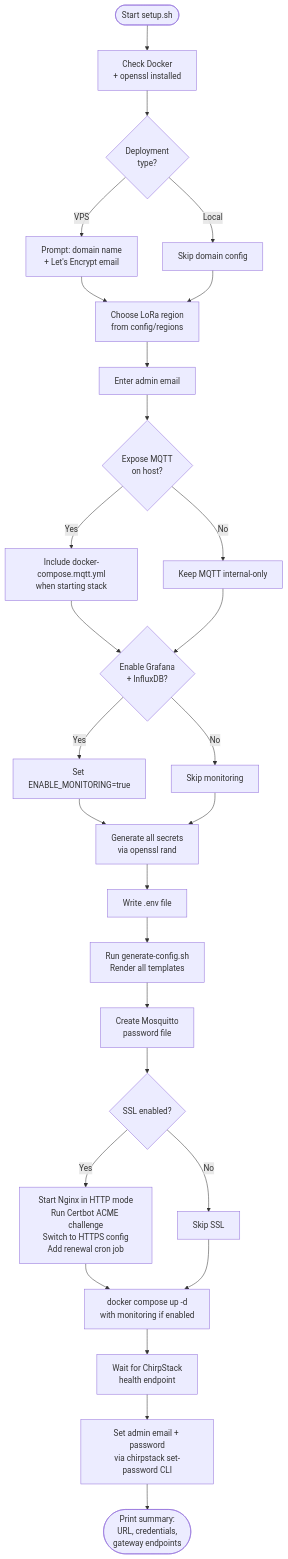
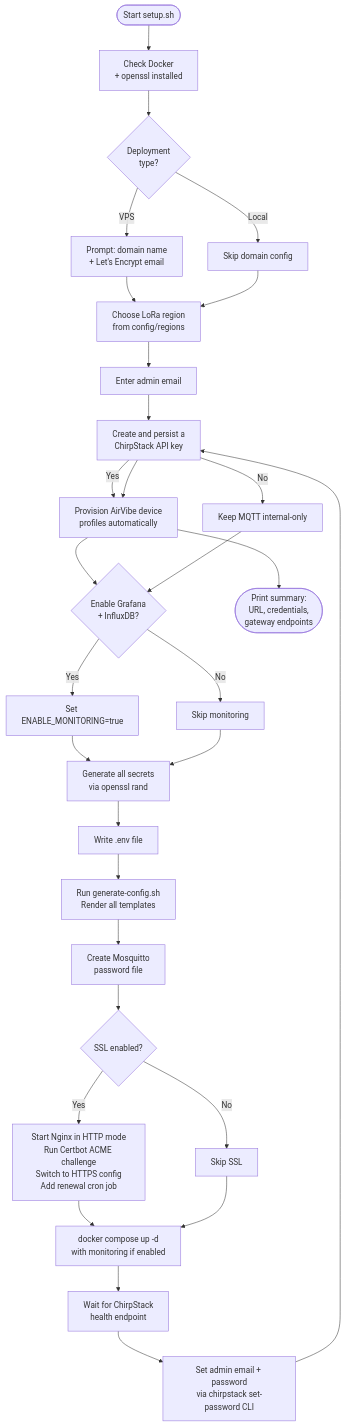
One commit to MachineSaver/chirpstack-deploy changed the fourth of 5 diagrams in README.md. Above: the diagram before and after it, drawn with Mermaid. The commit also changed other lines of this file and 6 other files, not shown here.

````diff
--- a/README.md
+++ b/README.md
@@ -238,30 +239,32 @@
 ```mermaid
 flowchart TD
     A([Start setup.sh]) --> B[Check Docker\n+ openssl installed]
     B --> C{Deployment\ntype?}
     C -->|VPS| D[Prompt: domain name\n+ Let's Encrypt email]
     C -->|Local| E[Skip domain config]
     D --> F
     E --> F[Choose LoRa region\nfrom config/regions]
     F --> G[Enter admin email]
     G --> V{Expose MQTT\non host?}
     V -->|Yes| W[Include docker-compose.mqtt.yml\nwhen starting stack]
     V -->|No| X[Keep MQTT internal-only]
     W --> H{Enable Grafana\n+ InfluxDB?}
     X --> H
     H -->|Yes| I[Set ENABLE_MONITORING=true]
     H -->|No| J[Skip monitoring]
     I --> K
     J --> K[Generate all secrets\nvia openssl rand]
     K --> L[Write .env file]
     L --> M[Run generate-config.sh\nRender all templates]
     M --> N[Create Mosquitto\npassword file]
     N --> O{SSL enabled?}
     O -->|Yes| P[Start Nginx in HTTP mode\nRun Certbot ACME challenge\nSwitch to HTTPS config\nAdd renewal cron job]
     O -->|No| Q[Skip SSL]
     P --> R
     Q --> R[docker compose up -d\nwith monitoring if enabled]
     R --> S[Wait for ChirpStack\nhealth endpoint]
     S --> U[Set admin email + password\nvia chirpstack set-password CLI]
-    U --> T([Print summary:\nURL, credentials,\ngateway endpoints])
+    U --> V[Create and persist a\nChirpStack API key]
+    V --> W[Provision AirVibe device\nprofiles automatically]
+    W --> T([Print summary:\nURL, credentials,\ngateway endpoints])
 ```
````
